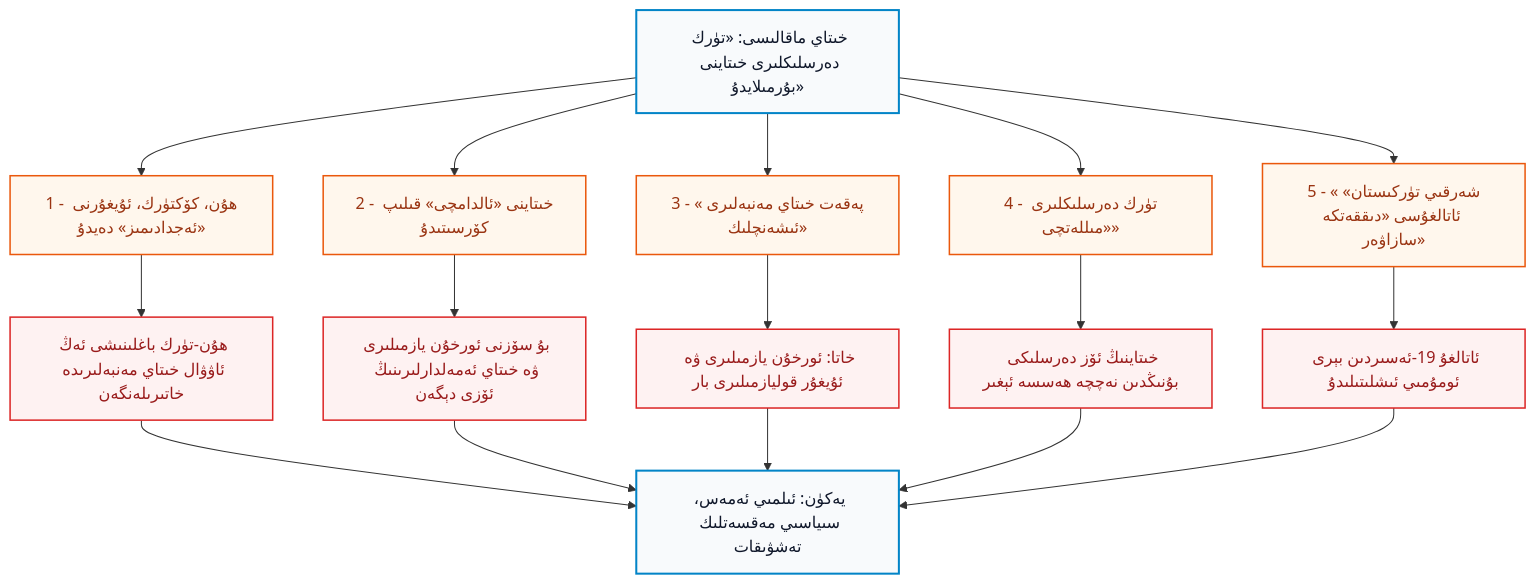
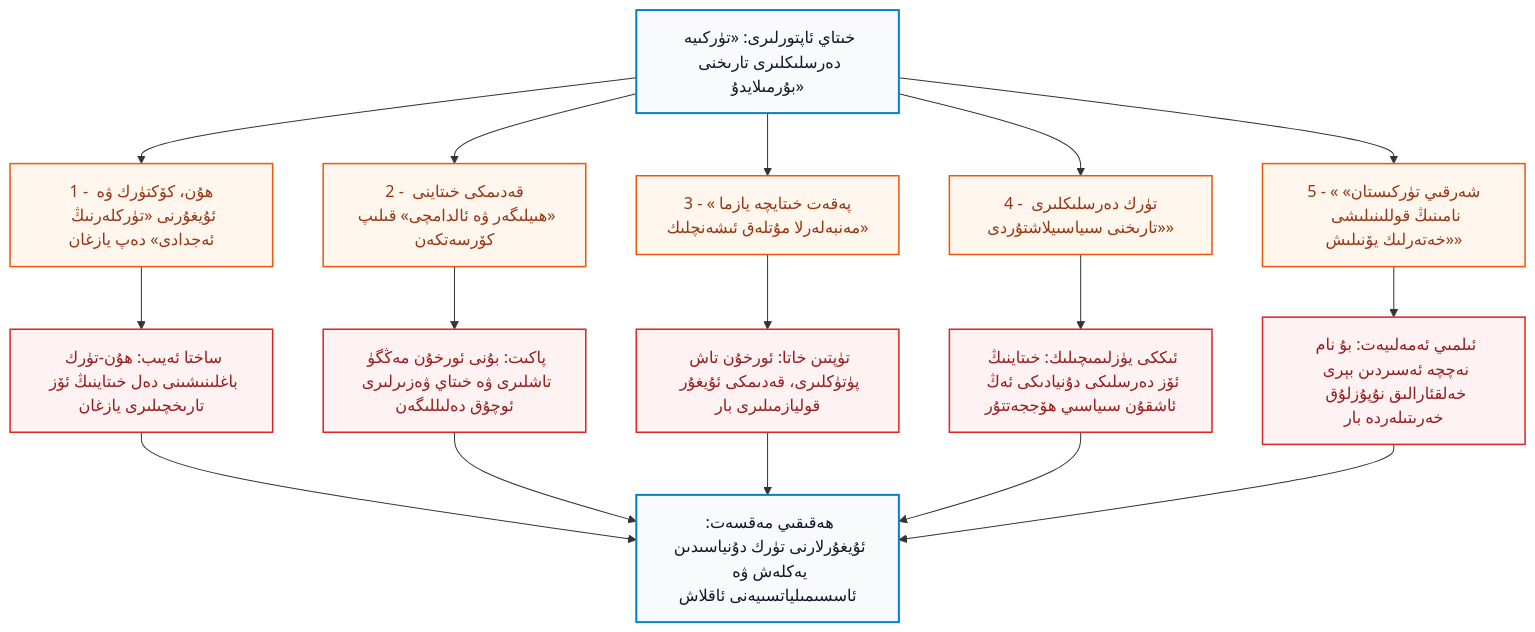
One commit to UyCoder/paydilar changed the first of 3 diagrams in _posts/2026-10-25-Turk-Tarix-Derislikliri-We-Xitay-Rewayiti-Reddiye.md. Above: the diagram before and after it, drawn with Mermaid. The commit also changed other lines of this file and 2 other files, not shown here.

````diff
--- a/_posts/2026-10-25-Turk-Tarix-Derislikliri-We-Xitay-Rewayiti-Reddiye.md
+++ b/_posts/2026-10-25-Turk-Tarix-Derislikliri-We-Xitay-Rewayiti-Reddiye.md
@@ -30,24 +33,25 @@
 ```mermaid
 flowchart TD
     classDef root fill:#f8fafc,stroke:#0284c7,stroke-width:2px,color:#0f172a;
     classDef claim fill:#fff7ed,stroke:#ea580c,stroke-width:1.5px,color:#9a3412;
-    classDef ok fill:#ecfdf5,stroke:#059669,stroke-width:1.5px,color:#065f46;
     classDef bad fill:#fef2f2,stroke:#dc2626,stroke-width:1.5px,color:#991b1b;
 
-    R["خىتاي ماقالىسى: «تۈرك دەرسلىكلىرى خىتاينى بۇرمىلايدۇ»"]:::root
-    R --> C1["1 - ھۇن، كۆكتۈرك، ئۇيغۇرنى «ئەجدادىمىز» دەيدۇ"]:::claim
-    R --> C2["2 - خىتاينى «ئالدامچى» قىلىپ كۆرسىتىدۇ"]:::claim
-    R --> C3["3 - «پەقەت خىتاي مەنبەلىرى ئىشەنچلىك»"]:::claim
-    R --> C4["4 - تۈرك دەرسلىكلىرى «مىللەتچى»"]:::claim
-    R --> C5["5 - «شەرقىي تۈركىستان» ئاتالغۇسى «دىققەتكە سازاۋەر»"]:::claim
-    C1 --> A1["ھۇن-تۈرك باغلىنىشى ئەڭ ئاۋۋال خىتاي مەنبەلىرىدە خاتىرىلەنگەن"]:::bad
-    C2 --> A2["بۇ سۆزنى ئورخۇن يازمىلىرى ۋە خىتاي ئەمەلدارلىرىنىڭ ئۆزى دېگەن"]:::bad
-    C3 --> A3["خاتا: ئورخۇن يازمىلىرى ۋە ئۇيغۇر قوليازمىلىرى بار"]:::bad
-    C4 --> A4["خىتاينىڭ ئۆز دەرسلىكى بۇنىڭدىن نەچچە ھەسسە ئېغىر"]:::bad
-    C5 --> A5["ئاتالغۇ 19-ئەسىردىن بېرى ئومۇمىي ئىشلىتىلىدۇ"]:::bad
-    A1 --> Z["يەكۈن: ئىلمىي ئەمەس، سىياسىي مەقسەتلىك تەشۋىقات"]:::root
+    R["خىتاي ئاپتورلىرى: «تۈركىيە دەرسلىكلىرى تارىخنى بۇرمىلايدۇ»"]:::root
+    R --> C1["1 - ھۇن، كۆكتۈرك ۋە ئۇيغۇرنى «تۈركلەرنىڭ ئەجدادى» دەپ يازغان"]:::claim
+    R --> C2["2 - قەدىمكى خىتاينى «ھىيلىگەر ۋە ئالدامچى» قىلىپ كۆرسەتكەن"]:::claim
+    R --> C3["3 - «پەقەت خىتايچە يازما مەنبەلەرلا مۇتلەق ئىشەنچلىك»"]:::claim
+    R --> C4["4 - تۈرك دەرسلىكلىرى «تارىخنى سىياسىيلاشتۇردى»"]:::claim
+    R --> C5["5 - «شەرقىي تۈركىستان» نامىنىڭ قوللىنىلىشى «خەتەرلىك يۆنىلىش»"]:::claim
+    
+    C1 --> A1["ساختا ئەيىب: ھۇن-تۈرك باغلىنىشىنى دەل خىتاينىڭ ئۆز تارىخچىلىرى يازغان"]:::bad
+    C2 --> A2["پاكىت: بۇنى ئورخۇن مەڭگۈ تاشلىرى ۋە خىتاي ۋەزىرلىرى ئوچۇق دەلىللىگەن"]:::bad
+    C3 --> A3["تۈپتىن خاتا: ئورخۇن تاش پۈتۈكلىرى، قەدىمكى ئۇيغۇر قوليازمىلىرى بار"]:::bad
+    C4 --> A4["ئىككى يۈزلىمىچىلىك: خىتاينىڭ ئۆز دەرسلىكى دۇنيادىكى ئەڭ ئاشقۇن سىياسىي ھۆججەتتۇر"]:::bad
+    C5 --> A5["ئىلمىي ئەمەلىيەت: بۇ نام نەچچە ئەسىردىن بېرى خەلقئارالىق نۇپۇزلۇق خەرىتىلەردە بار"]:::bad
+    
+    A1 --> Z["ھەقىقىي مەقسەت: ئۇيغۇرلارنى تۈرك دۇنياسىدىن يەكلەش ۋە ئاسسىمىلياتسىيەنى ئاقلاش"]:::root
     A2 --> Z
     A3 --> Z
     A4 --> Z
     A5 --> Z
 ```
````
